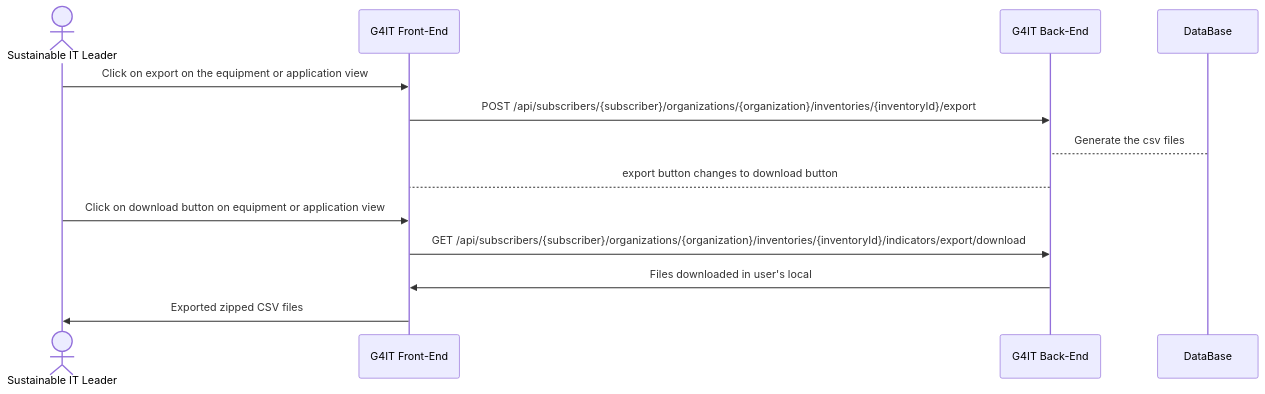
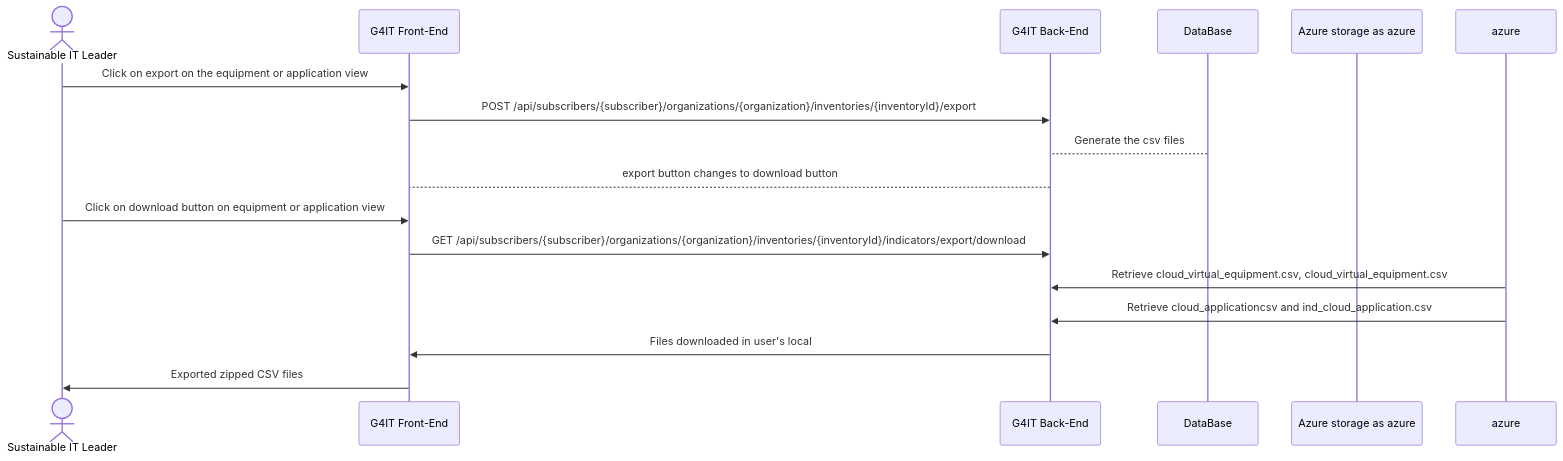
The second of 2 diagrams in services/documentation/content/3-functional-documentation/use_cases/uc_inventory/uc7_export_files.md (G4ITTeam/g4it), drawn with Mermaid before and after one commit. The commit also changed 398 other files, not shown here.

```diff
--- a/services/documentation/content/3-functional-documentation/use_cases/uc_inventory/uc7_export_files.md
+++ b/services/documentation/content/3-functional-documentation/use_cases/uc_inventory/uc7_export_files.md
@@ -53,17 +53,22 @@
 {{< mermaid >}}
 sequenceDiagram
+
 actor RND as Sustainable IT Leader
 participant front as G4IT Front-End
 participant back as G4IT Back-End
 participant DataBase
+participant Azure storage as azure
 
     RND ->> front: Click on export on the equipment or application view
     front ->> back: POST /api/subscribers/{subscriber}/organizations/{organization}/inventories/{inventoryId}/export
     DataBase  --> back: Generate the csv files
     back  --> front: export button changes to download button
     RND ->> front: Click on download button on equipment or application view
     front ->> back: GET /api/subscribers/{subscriber}/organizations/{organization}/inventories/{inventoryId}/indicators/export/download
-    back ->> front: Files downloaded in user's local
+    azure ->> back: Retrieve cloud_virtual_equipment.csv, cloud_virtual_equipment.csv
+    azure ->> back: Retrieve cloud_applicationcsv and ind_cloud_application.csv
+	back ->> front: Files downloaded in user's local
     front ->> RND: Exported zipped CSV files
 
+
 {{</ mermaid >}}
```
